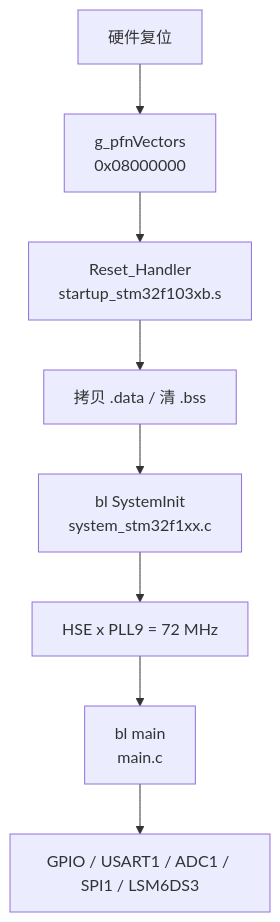
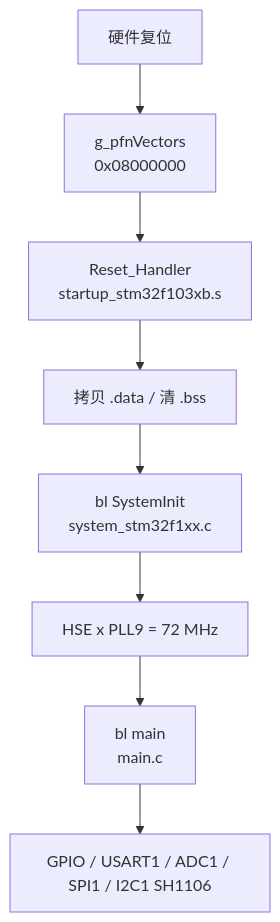
One commit to xiaolitongxue666/embed-dev-lab changed the diagram in doc/projects/f103-manual-reg.md. Above: the diagram before and after it, drawn with Mermaid. The commit also changed other lines of this file and 25 other files, not shown here.

````diff
--- a/doc/projects/f103-manual-reg.md
+++ b/doc/projects/f103-manual-reg.md
@@ -63,10 +69,10 @@
 ```mermaid
 flowchart TD
   rst[硬件复位] --> vt["g_pfnVectors\n0x08000000"]
   vt --> rh["Reset_Handler\nstartup_stm32f103xb.s"]
   rh --> data["拷贝 .data / 清 .bss"]
   data --> si["bl SystemInit\nsystem_stm32f1xx.c"]
   si --> clk["HSE x PLL9 = 72 MHz"]
   clk --> mainNode["bl main\nmain.c"]
-  mainNode --> app["GPIO / USART1 / ADC1 / SPI1 / LSM6DS3"]
+  mainNode --> app["GPIO / USART1 / ADC1 / SPI1 / I2C1 SH1106"]
 ```
````
